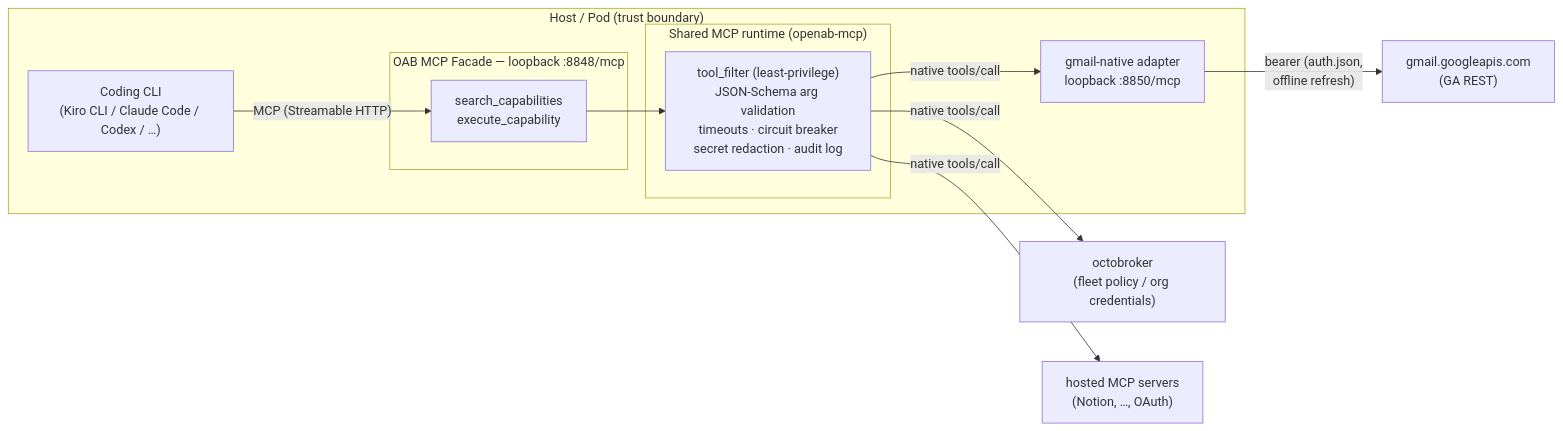
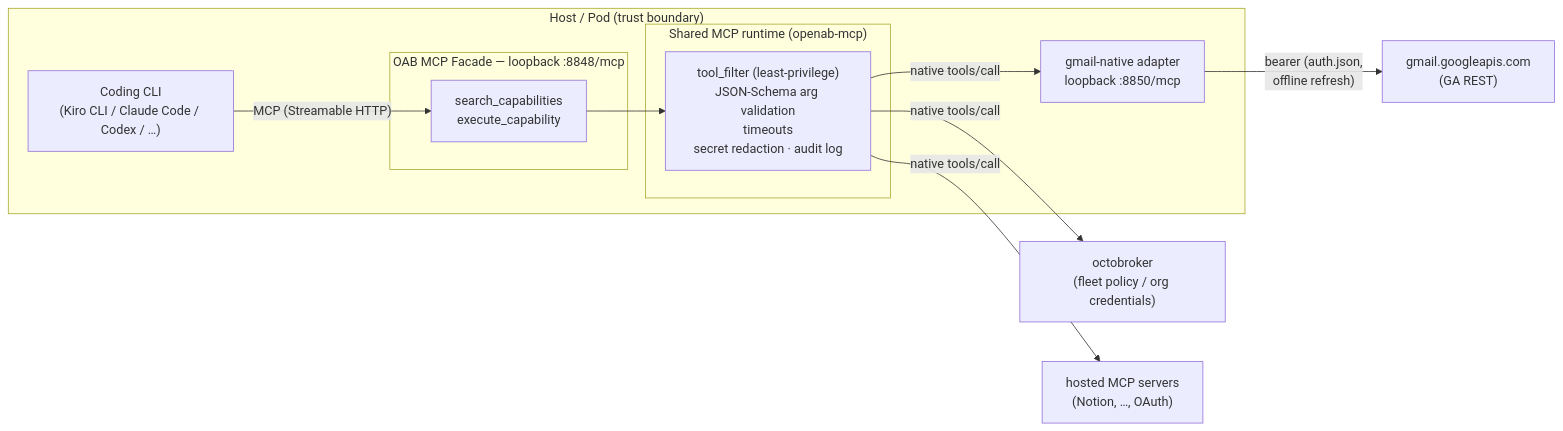
One commit to openabdev/openab changed the diagram in docs/oab-mcp-facade.md. Above: the diagram before and after it, drawn with Mermaid. The commit also changed other lines of this file and 5 other files, not shown here.

````diff
--- a/docs/oab-mcp-facade.md
+++ b/docs/oab-mcp-facade.md
@@ -14,27 +14,27 @@
 ```mermaid
 flowchart LR
     subgraph host["Host / Pod (trust boundary)"]
         cli["Coding CLI<br/>(Kiro CLI / Claude Code / Codex / …)"]
 
         subgraph facade["OAB MCP Facade — loopback :8848/mcp"]
             tools["search_capabilities<br/>execute_capability"]
         end
 
         subgraph runtime["Shared MCP runtime (openab-mcp)"]
-            policy["tool_filter (least-privilege)<br/>JSON-Schema arg validation<br/>timeouts · circuit breaker<br/>secret redaction · audit log"]
+            policy["tool_filter (least-privilege)<br/>JSON-Schema arg validation<br/>timeouts<br/>secret redaction · audit log"]
         end
 
         adapter["gmail-native adapter<br/>loopback :8850/mcp"]
     end
 
     gmail["gmail.googleapis.com<br/>(GA REST)"]
     obk["octobroker<br/>(fleet policy / org credentials)"]
     hosted["hosted MCP servers<br/>(Notion, …, OAuth)"]
 
     cli -- "MCP (Streamable HTTP)" --> tools
     tools --> policy
     policy -- "native tools/call" --> adapter
     policy -- "native tools/call" --> obk
     policy -- "native tools/call" --> hosted
     adapter -- "bearer (auth.json,<br/>offline refresh)" --> gmail
 ```
````
